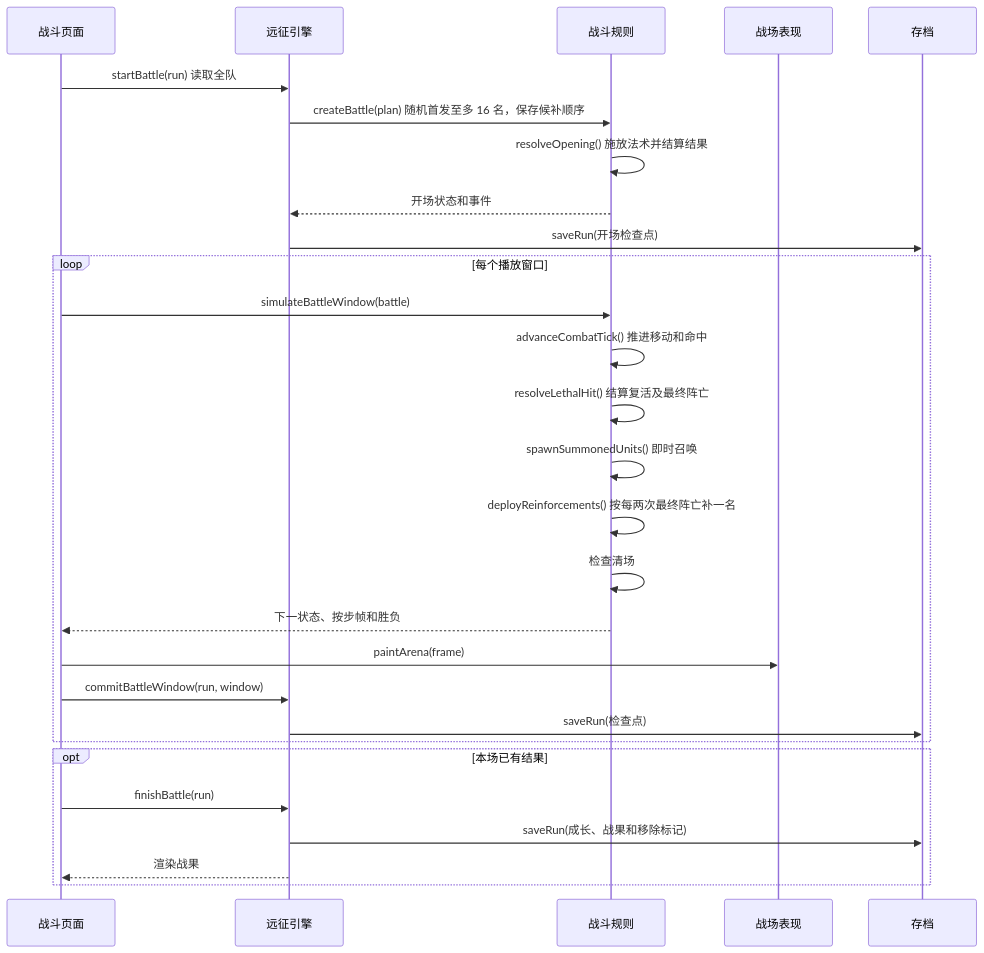
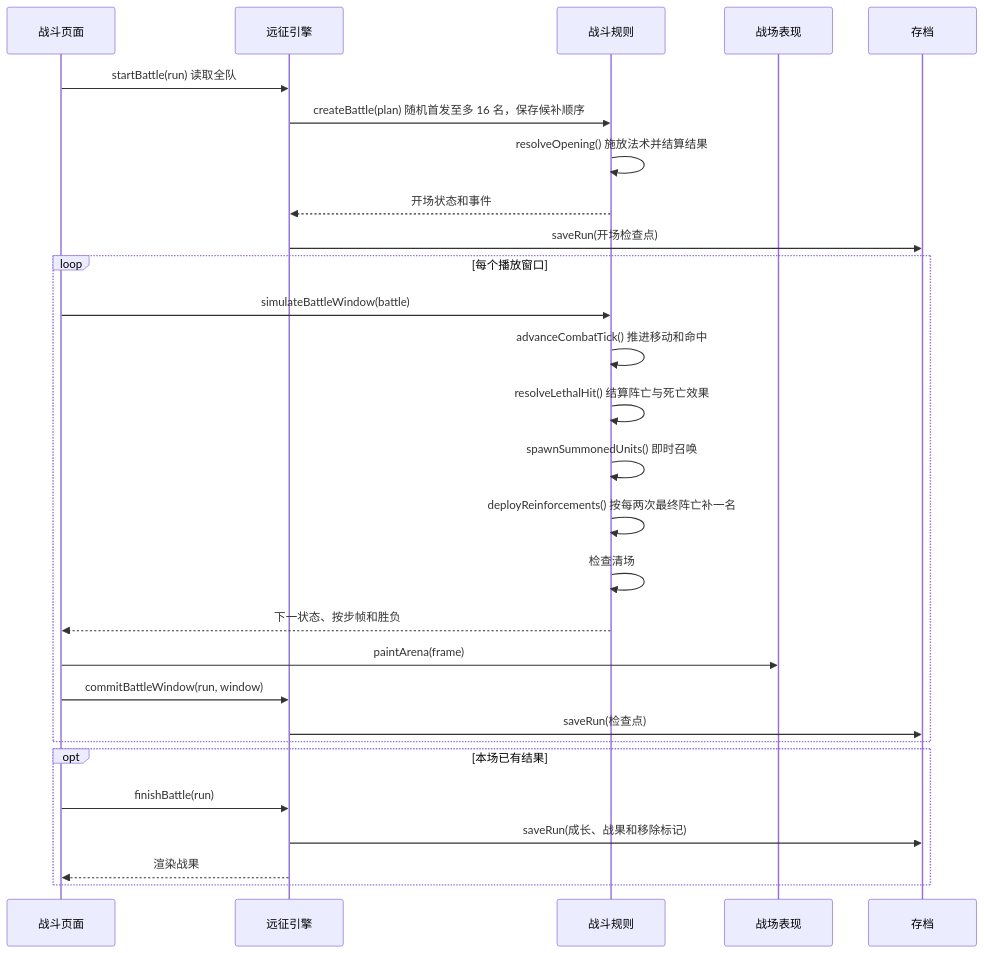
The second of 2 diagrams in docs/ROLLBOUND-商店轮盘改造方案.md (saiqi1999/ROLLBOUND), drawn with Mermaid before and after one commit. The commit also changed other lines of this file and 21 other files, not shown here.

````diff
--- a/docs/ROLLBOUND-商店轮盘改造方案.md
+++ b/docs/ROLLBOUND-商店轮盘改造方案.md
@@ -205,30 +207,30 @@
 ```mermaid
 sequenceDiagram
     participant U as 战斗页面
     participant E as 远征引擎
     participant C as 战斗规则
     participant A as 战场表现
     participant S as 存档
     U->>E: startBattle(run) 读取全队
     E->>C: createBattle(plan) 随机首发至多 16 名，保存候补顺序
     C->>C: resolveOpening() 施放法术并结算结果
     C-->>E: 开场状态和事件
     E->>S: saveRun(开场检查点)
     loop 每个播放窗口
         U->>C: simulateBattleWindow(battle)
         C->>C: advanceCombatTick() 推进移动和命中
-        C->>C: resolveLethalHit() 结算复活及最终阵亡
+        C->>C: resolveLethalHit() 结算阵亡与死亡效果
         C->>C: spawnSummonedUnits() 即时召唤
         C->>C: deployReinforcements() 按每两次最终阵亡补一名
         C->>C: 检查清场
         C-->>U: 下一状态、按步帧和胜负
         U->>A: paintArena(frame)
         U->>E: commitBattleWindow(run, window)
         E->>S: saveRun(检查点)
     end
     opt 本场已有结果
         U->>E: finishBattle(run)
         E->>S: saveRun(成长、战果和移除标记)
         E-->>U: 渲染战果
     end
 ```
````
